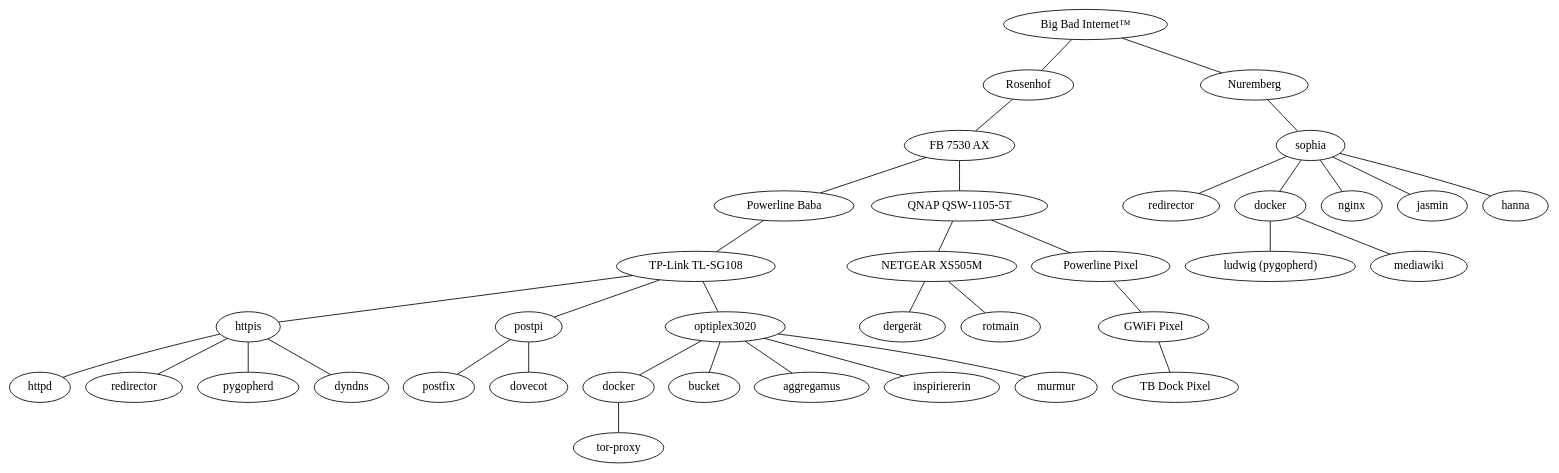
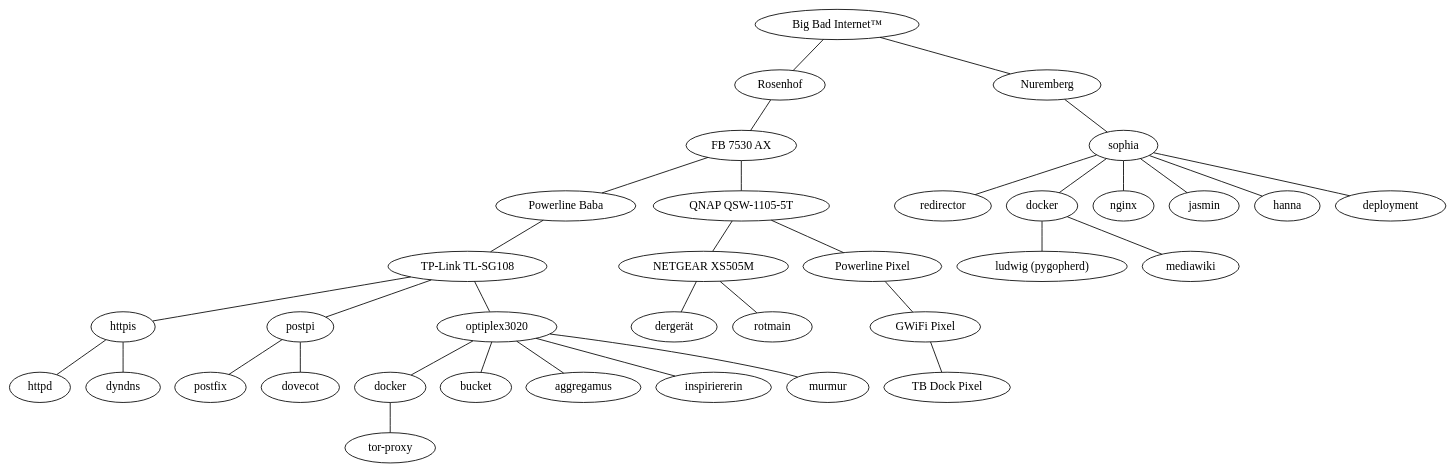
The diagram in infra.dot (chrissxMedia/chrissx.de.conf.sh), drawn with Graphviz before and after one commit. The commit also changed 2 other files, not shown here.

Commit message:
adjustments to the infra graph

```diff
--- a/infra.dot
+++ b/infra.dot
@@ -1,46 +1,45 @@
 graph {
   "Big Bad Internet™" -- Rosenhof
 
   Rosenhof -- "FB 7530 AX"
   "FB 7530 AX" -- "Powerline Baba"
   "FB 7530 AX" -- "QNAP QSW-1105-5T"
   "QNAP QSW-1105-5T" -- "NETGEAR XS505M"
   "NETGEAR XS505M" -- dergerät
   "QNAP QSW-1105-5T" -- "Powerline Pixel"
   "Powerline Pixel" -- "GWiFi Pixel"
   "GWiFi Pixel" -- "TB Dock Pixel"
   "Powerline Baba" -- "TP-Link TL-SG108"
 
   "NETGEAR XS505M" -- rotmain
 
   "TP-Link TL-SG108" -- httpis
   httpis -- httpd
-  httpis -- redirector
-  httpis -- pygopherd
   httpis -- dyndns
 
   "TP-Link TL-SG108" -- postpi
   postpi -- postfix
   postpi -- dovecot
 
   "TP-Link TL-SG108" -- optiplex3020
   dockerop [label=docker]
   optiplex3020 -- dockerop
   dockerop -- "tor-proxy"
   optiplex3020 -- bucket
   optiplex3020 -- aggregamus
   optiplex3020 -- inspiriererin
   optiplex3020 -- murmur
 
   "Big Bad Internet™" -- Nuremberg
   Nuremberg -- sophia
   redirectorkek [label=redirector]
   dockersophia [label=docker]
   sophia -- nginx
   sophia -- dockersophia
   dockersophia -- "ludwig (pygopherd)"
   dockersophia -- mediawiki
   sophia -- redirectorkek
   sophia -- jasmin
   sophia -- hanna
+  sophia -- deployment
 }
```
